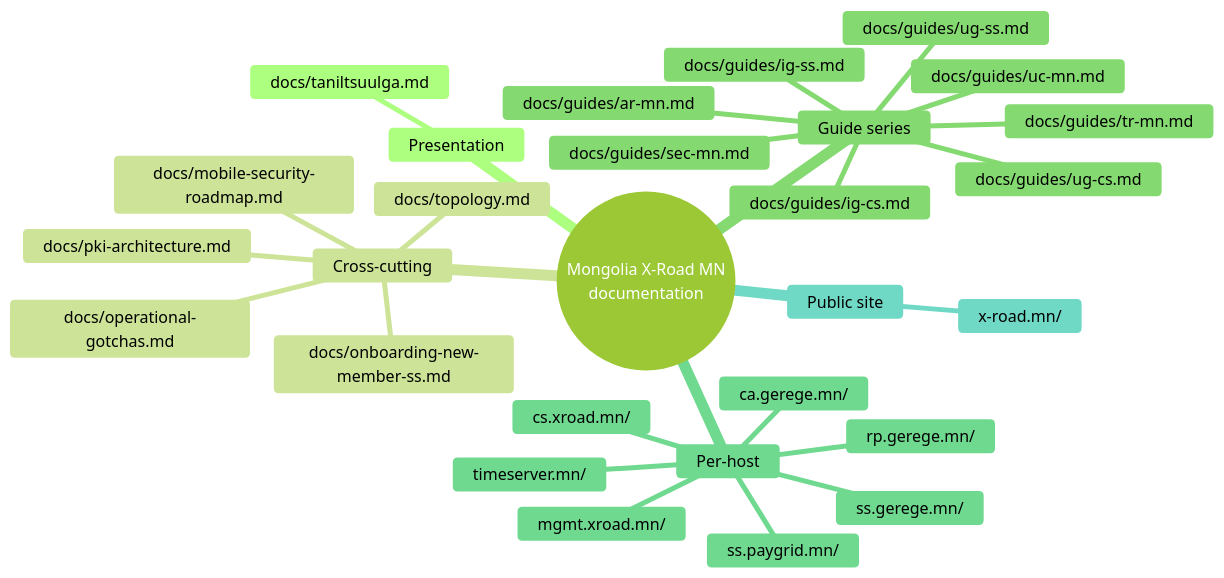
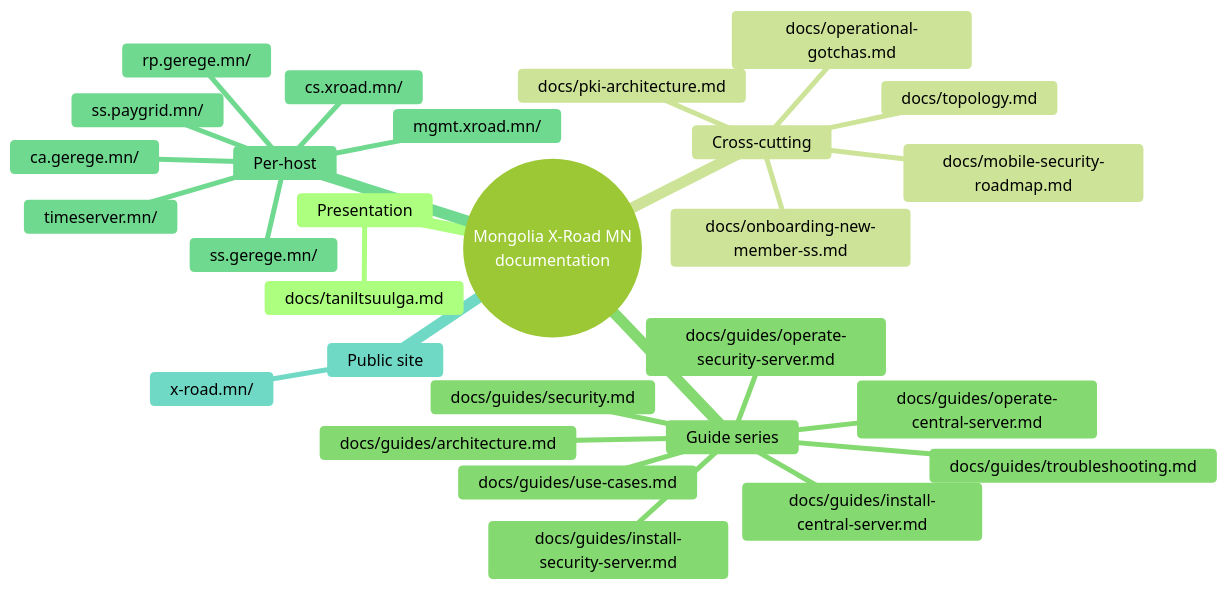
The third of 3 diagrams in README.md (geregedevops/xroad-mongolia-mn), drawn with Mermaid (forest theme) before and after one commit. The commit also changed other lines of this file and 10 other files, not shown here.

````diff
--- a/README.md
+++ b/README.md
@@ -136,31 +136,31 @@
 ```mermaid
 mindmap
   root((Mongolia X-Road MN<br/>documentation))
     Presentation
       docs/taniltsuulga.md
     Cross-cutting
       docs/topology.md
       docs/pki-architecture.md
       docs/onboarding-new-member-ss.md
       docs/operational-gotchas.md
       docs/mobile-security-roadmap.md
     Guide series
-      docs/guides/ar-mn.md
-      docs/guides/ig-cs.md
-      docs/guides/ig-ss.md
-      docs/guides/ug-cs.md
-      docs/guides/ug-ss.md
-      docs/guides/uc-mn.md
-      docs/guides/tr-mn.md
-      docs/guides/sec-mn.md
+      docs/guides/architecture.md
+      docs/guides/install-central-server.md
+      docs/guides/install-security-server.md
+      docs/guides/operate-central-server.md
+      docs/guides/operate-security-server.md
+      docs/guides/use-cases.md
+      docs/guides/troubleshooting.md
+      docs/guides/security.md
     Per-host
       cs.xroad.mn/
       mgmt.xroad.mn/
       rp.gerege.mn/
       ss.gerege.mn/
       ss.paygrid.mn/
       ca.gerege.mn/
       timeserver.mn/
     Public site
       x-road.mn/
 ```
````
